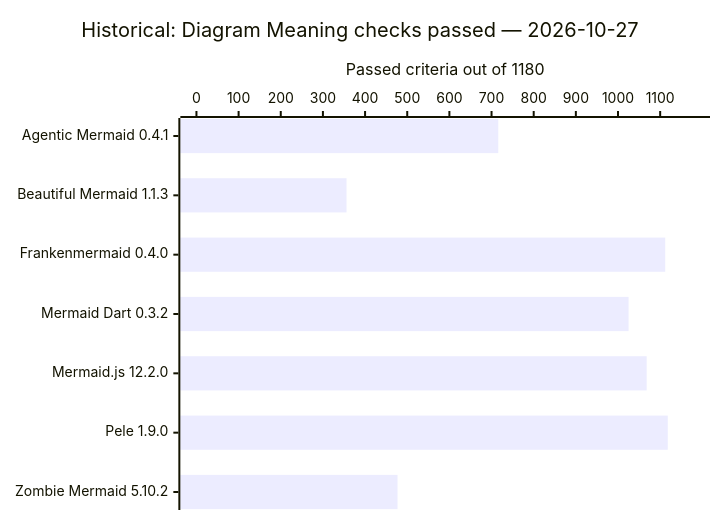
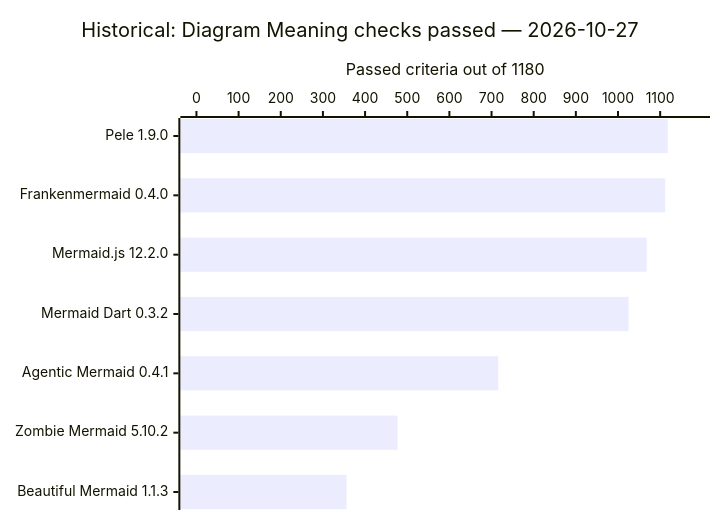
The second of 2 diagrams in RESULTS.md (adewale/trident), drawn with Mermaid before and after one commit. The commit also changed other lines of this file and 12 other files, not shown here.

Commit message:
Stack-rank comparable benchmark results and charts

````diff
--- a/RESULTS.md
+++ b/RESULTS.md
@@ -149,7 +161,7 @@
 ```mermaid
 xychart-beta horizontal
     title "Historical: Diagram Meaning checks passed — 2026-10-27"
-    x-axis ["Agentic Mermaid 0.4.1", "Beautiful Mermaid 1.1.3", "Frankenmermaid 0.4.0", "Mermaid Dart 0.3.2", "Mermaid.js 12.2.0", "Pele 1.9.0", "Zombie Mermaid 5.10.2"]
+    x-axis ["Pele 1.9.0", "Frankenmermaid 0.4.0", "Mermaid.js 12.2.0", "Mermaid Dart 0.3.2", "Agentic Mermaid 0.4.1", "Zombie Mermaid 5.10.2", "Beautiful Mermaid 1.1.3"]
     y-axis "Passed criteria out of 1180" 0 --> 1180
-    bar [716, 356, 1112, 1025, 1068, 1118, 477]
+    bar [1118, 1112, 1068, 1025, 716, 477, 356]
 ```
````
